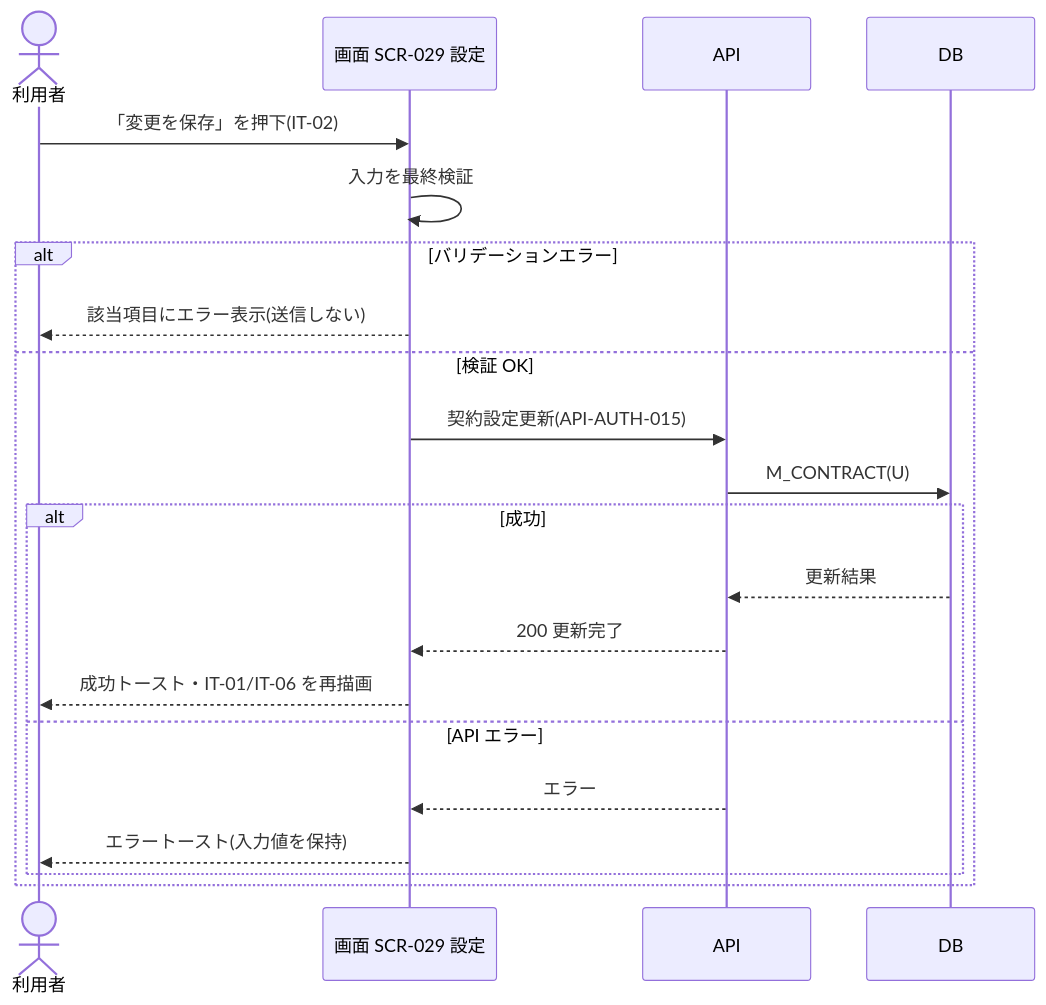
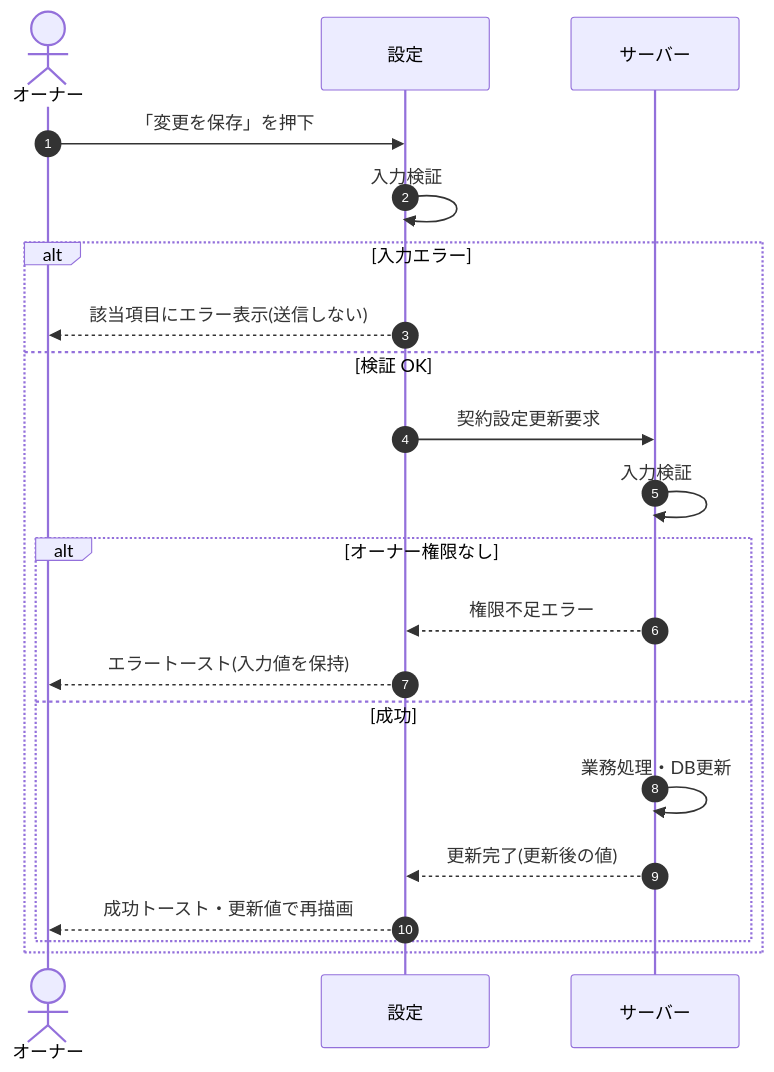
One commit to sikakou54/open-faq changed the diagram in 02_basic_design/05_sequences/SEQ-086.md. Above: the diagram before and after it, drawn with Mermaid. The commit also changed other lines of this file and 108 other files, not shown here.

First line of the commit message:
基本設計: シーケンス図を基本設計粒度(ユーザー/画面/サーバー)へ再編成

````diff
--- a/02_basic_design/05_sequences/SEQ-086.md
+++ b/02_basic_design/05_sequences/SEQ-086.md
@@ -25,23 +32,23 @@
 ```mermaid
 sequenceDiagram
-  actor U as 利用者
-  participant S as 画面 SCR-029 設定
-  participant API as API
-  participant DB as DB
-  U->>S: 「変更を保存」を押下(IT-02)
-  S->>S: 入力を最終検証
-  alt バリデーションエラー
-    S-->>U: 該当項目にエラー表示(送信しない)
+  autonumber
+  actor U as オーナー
+  participant Screen as 設定
+  participant Server as サーバー
+  U->>Screen: 「変更を保存」を押下
+  Screen->>Screen: 入力検証
+  alt 入力エラー
+    Screen-->>U: 該当項目にエラー表示(送信しない)
   else 検証 OK
-    S->>API: 契約設定更新(API-AUTH-015)
-    API->>DB: M_CONTRACT(U)
-    alt 成功
-      DB-->>API: 更新結果
-      API-->>S: 200 更新完了
-      S-->>U: 成功トースト・IT-01/IT-06 を再描画
-    else API エラー
-      API-->>S: エラー
-      S-->>U: エラートースト(入力値を保持)
+    Screen->>Server: 契約設定更新要求
+    Server->>Server: 入力検証
+    alt オーナー権限なし
+      Server-->>Screen: 権限不足エラー
+      Screen-->>U: エラートースト(入力値を保持)
+    else 成功
+      Server->>Server: 業務処理・DB更新
+      Server-->>Screen: 更新完了(更新後の値)
+      Screen-->>U: 成功トースト・更新値で再描画
     end
   end
 ```
````
